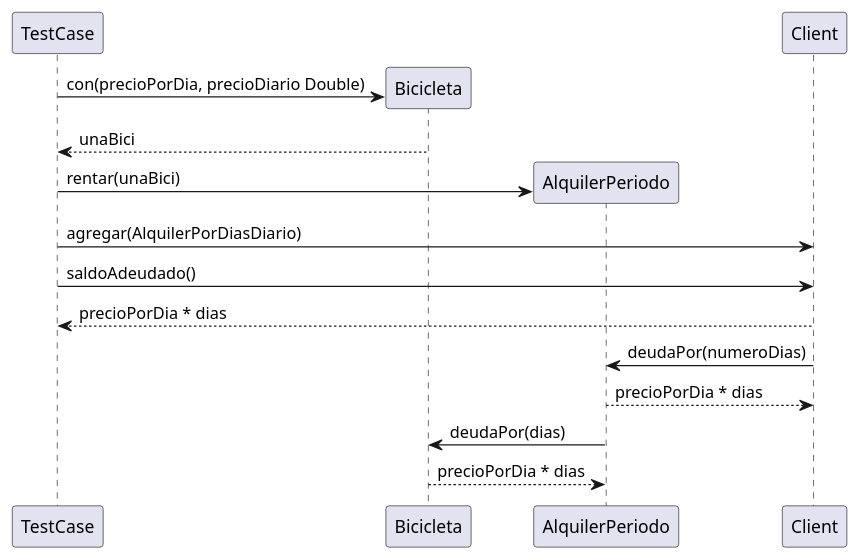
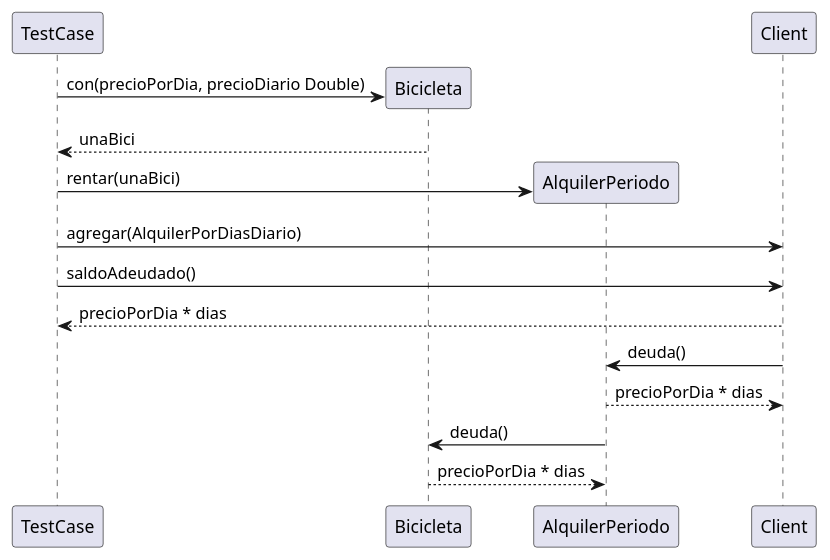
Before and after one commit to fiuba/algo3_simulacro_tn_alquiler_bici: the diagram in media/diagrams/ds_alquiler_por_dias.plantuml, drawn with PlantUML. The commit also changed 1 other file, not shown here.

Commit message:
Reutilización de AlquilerPeriodo

```diff
--- a/media/diagrams/ds_alquiler_por_dias.plantuml
+++ b/media/diagrams/ds_alquiler_por_dias.plantuml
@@ -1,21 +1,21 @@
 @startuml
 
 TestCase -> Bicicleta ** : con(precioPorDia, precioDiario Double)
 return unaBici
 TestCase -> AlquilerPeriodo ** : rentar(unaBici)
 
 TestCase -> Client: agregar(AlquilerPorDiasDiario)
 
 TestCase -> Client: saldoAdeudado()
 return precioPorDia * dias
 
-Client -> AlquilerPeriodo: deudaPor(numeroDias)
+Client -> AlquilerPeriodo: deuda()
 return precioPorDia * dias
 
 
-AlquilerPeriodo -> Bicicleta: deudaPor(dias)
+AlquilerPeriodo -> Bicicleta: deuda()
 return precioPorDia * dias
 
 
 
 @enduml 
```
